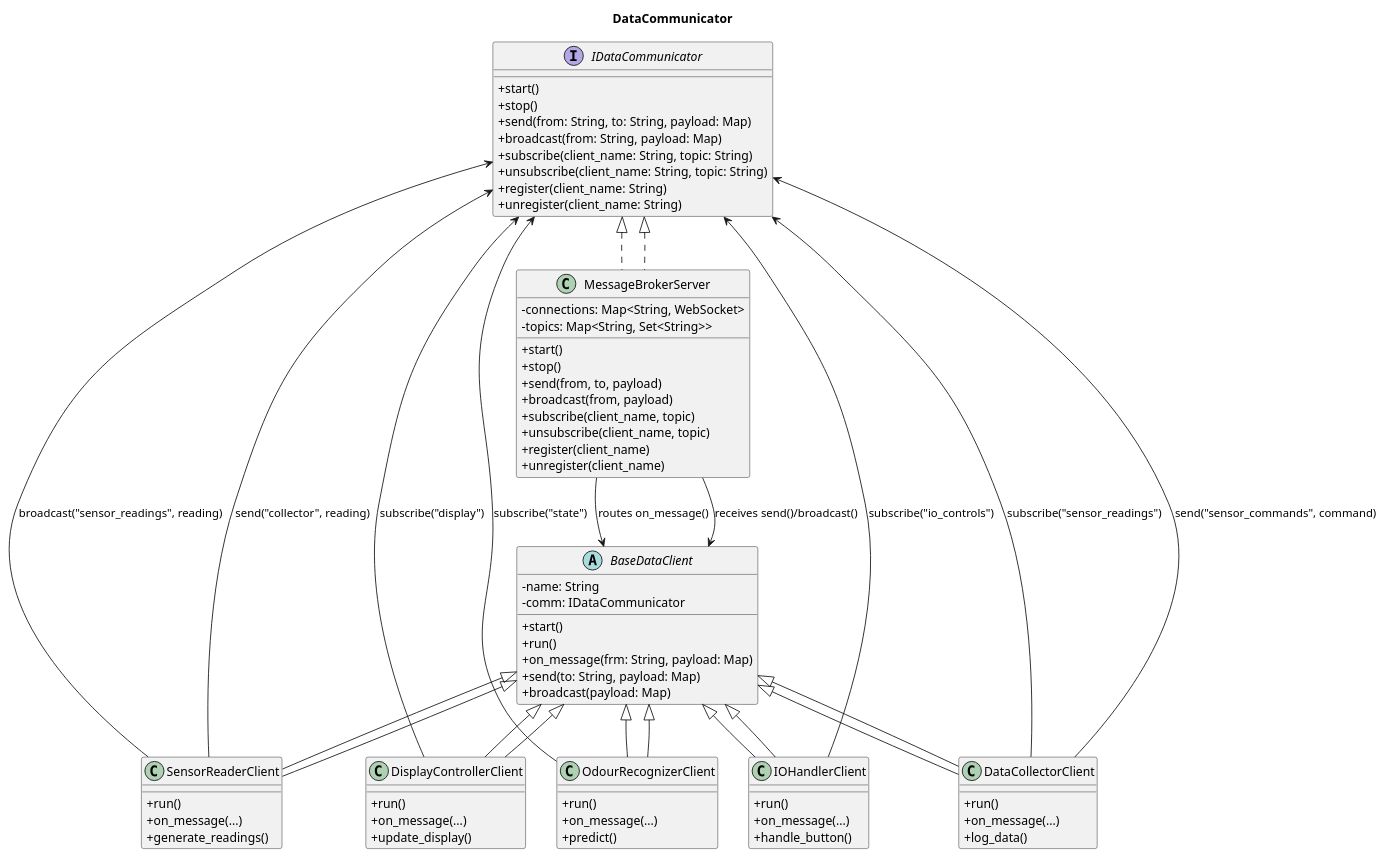
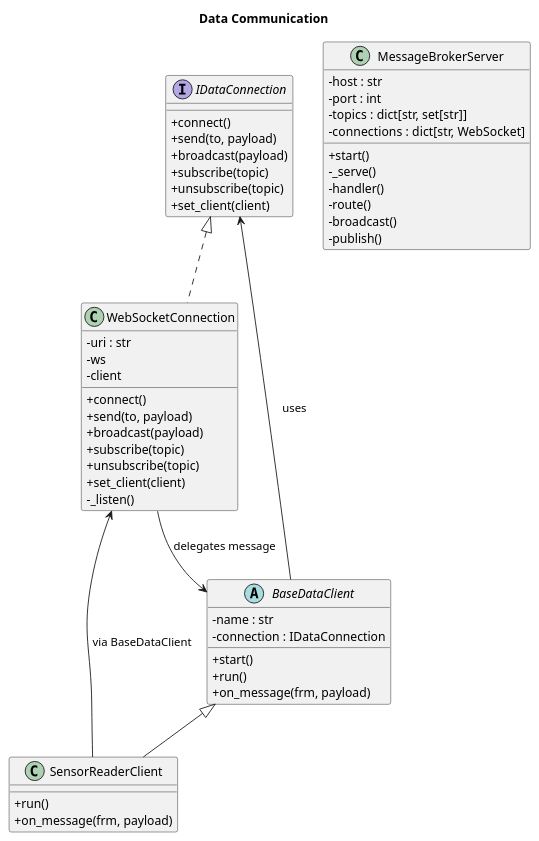
Before and after one commit to Intellivisionn/ElectricNose: the diagram in DataCommunicator/design.puml, drawn with PlantUML.

Commit message:
UML correction

```diff
--- a/DataCommunicator/design.puml
+++ b/DataCommunicator/design.puml
@@ -1,94 +1,63 @@
 @startuml
 skinparam classAttributeIconSize 0
-title DataCommunicator
+title Data Communication
 
-' ===== SERVER INTERFACE AND IMPLS =====
-interface IDataCommunicator {
-    + start()
-    + stop()
-    + send(from: String, to: String, payload: Map)
-    + broadcast(from: String, payload: Map)
-    + subscribe(client_name: String, topic: String)
-    + unsubscribe(client_name: String, topic: String)
-    + register(client_name: String)
-    + unregister(client_name: String)
+' Interfaces
+interface IDataConnection {
+    +connect()
+    +send(to, payload)
+    +broadcast(payload)
+    +subscribe(topic)
+    +unsubscribe(topic)
+    +set_client(client)
 }
 
-class MessageBrokerServer implements IDataCommunicator {
-    - connections: Map<String, WebSocket>
-    - topics: Map<String, Set<String>>
-    + start()
-    + stop()
-    + send(from, to, payload)
-    + broadcast(from, payload)
-    + subscribe(client_name, topic)
-    + unsubscribe(client_name, topic)
-    + register(client_name)
-    + unregister(client_name)
+' Implementations
+class WebSocketConnection {
+    -uri : str
+    -ws
+    -client
+    +connect()
+    +send(to, payload)
+    +broadcast(payload)
+    +subscribe(topic)
+    +unsubscribe(topic)
+    +set_client(client)
+    -_listen()
 }
 
-' ===== BASE CLIENT =====
+IDataConnection <|.. WebSocketConnection
+
 abstract class BaseDataClient {
-    - name: String
-    - comm: IDataCommunicator
-    + start()
-    + run()
-    + on_message(frm: String, payload: Map)
-    + send(to: String, payload: Map)
-    + broadcast(payload: Map)
+    -name : str
+    -connection : IDataConnection
+    +start()
+    +run()
+    +on_message(frm, payload)
 }
 
-' ===== MODULE IMPLEMENTATIONS =====
-class SensorReaderClient extends BaseDataClient {
-    + run()
-    + on_message(...)
-    + generate_readings()
+WebSocketConnection --> BaseDataClient : delegates message
+BaseDataClient --> IDataConnection : uses
+
+class MessageBrokerServer {
+    -host : str
+    -port : int
+    -topics : dict[str, set[str]]
+    -connections : dict[str, WebSocket]
+    +start()
+    -_serve()
+    -handler()
+    -route()
+    -broadcast()
+    -publish()
 }
 
-class DataCollectorClient extends BaseDataClient {
-    + run()
-    + on_message(...)
-    + log_data()
+' Example subclass of BaseDataClient
+class SensorReaderClient {
+    +run()
+    +on_message(frm, payload)
 }
 
-class IOHandlerClient extends BaseDataClient {
-    + run()
-    + on_message(...)
-    + handle_button()
-}
-
-class DisplayControllerClient extends BaseDataClient {
-    + run()
-    + on_message(...)
-    + update_display()
-}
-
-class OdourRecognizerClient extends BaseDataClient {
-    + run()
-    + on_message(...)
-    + predict()
-}
-
-' ===== RELATIONSHIPS =====
-IDataCommunicator <|.. MessageBrokerServer
-
 BaseDataClient <|-- SensorReaderClient
-BaseDataClient <|-- DataCollectorClient
-BaseDataClient <|-- IOHandlerClient
-BaseDataClient <|-- DisplayControllerClient
-BaseDataClient <|-- OdourRecognizerClient
-
-' Publishing and subscribing
-SensorReaderClient --> IDataCommunicator : send("collector", reading)
-SensorReaderClient --> IDataCommunicator : broadcast("sensor_readings", reading)
-
-DataCollectorClient --> IDataCommunicator : subscribe("sensor_readings")
-DataCollectorClient --> IDataCommunicator : send("sensor_commands", command)
-
-IOHandlerClient      --> IDataCommunicator : subscribe("io_controls")
-DisplayControllerClient --> IDataCommunicator : subscribe("display")
-OdourRecognizerClient   --> IDataCommunicator : subscribe("state")
-
-MessageBrokerServer--> BaseDataClient : routes on_message()
-MessageBrokerServer--> BaseDataClient : receives send()/broadcast()
+SensorReaderClient --> WebSocketConnection : via BaseDataClient
 @enduml
```
